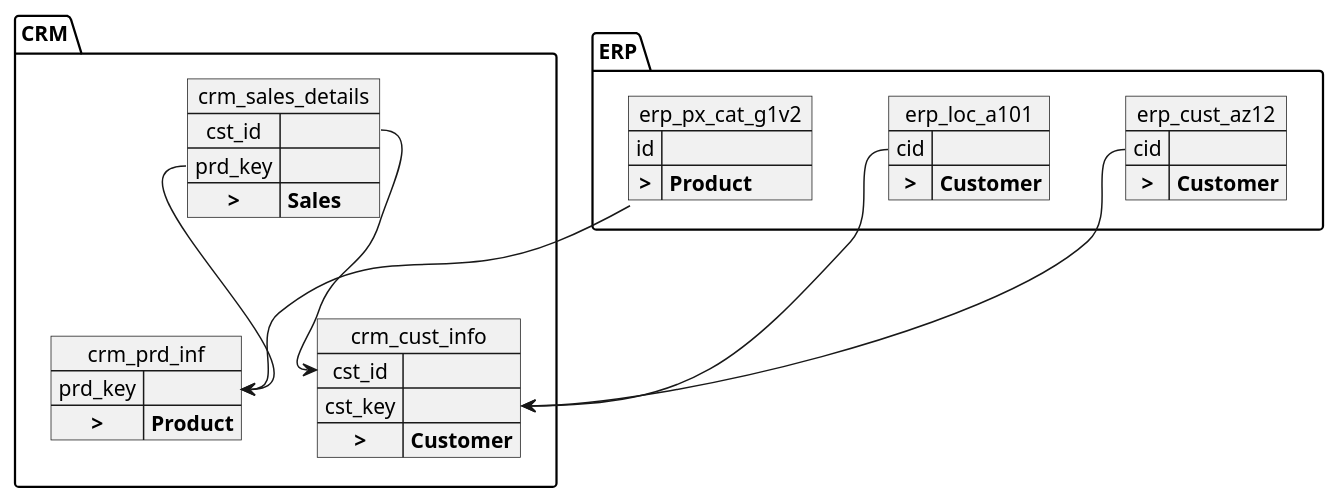
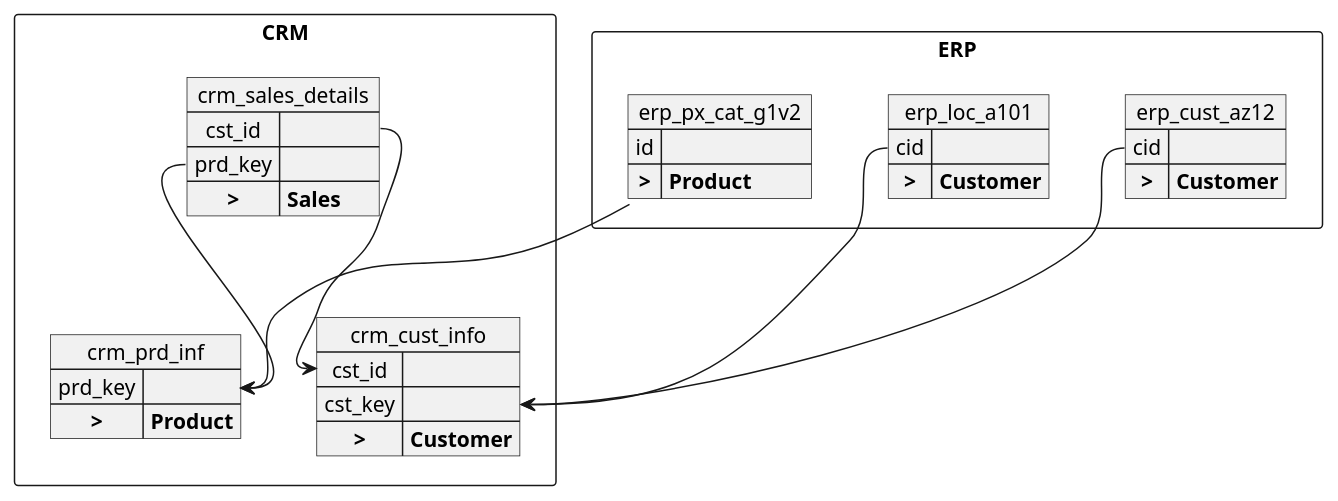
One commit to arkadianriver/de-dwh-sql changed the first of 2 diagrams in src/docsrc/gold_layer.adoc. Above: the diagram before and after it, drawn with PlantUML. The commit also changed other lines of this file and 7 other files, not shown here.

```diff
--- a/src/docsrc/gold_layer.adoc
+++ b/src/docsrc/gold_layer.adoc
@@ -10,43 +10,43 @@
 [plantuml,silver_into_categories,png]
 ----
 @startuml
 
-package CRM {
+package CRM <<Rectangle>> {
     map crm_sales_details {
         cst_id =>
         prd_key =>
 		**>** => **Sales**
     }
     map crm_cust_info {
         cst_id =>
         cst_key =>
 		**>** => **Customer**
     }
     map crm_prd_inf {
         prd_key =>
 		**>** => **Product**
     }
     crm_sales_details::cst_id --> crm_cust_info::cst_id
     crm_sales_details::prd_key --> crm_prd_inf::prd_key
 }
 
-package ERP {
+package ERP <<Rectangle>> {
     map erp_cust_az12 {
         cid =>
 		**>** => **Customer**
     }
     map erp_loc_a101 {
         cid =>
 		**>** => **Customer**
     }
     map erp_px_cat_g1v2 {
         id =>
 		**>** => **Product**
     }
     erp_cust_az12::cid --> crm_cust_info::cst_key
     erp_loc_a101::cid --> crm_cust_info::cst_key
     erp_px_cat_g1v2::prd_key --> crm_prd_inf::prd_key
 }
 
 @enduml
 ----
```
